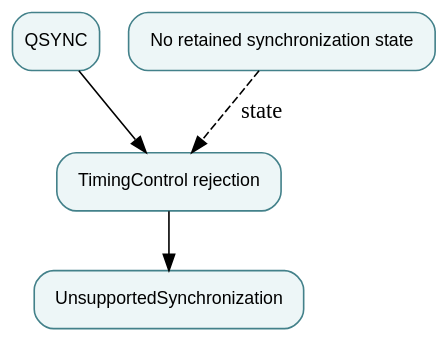
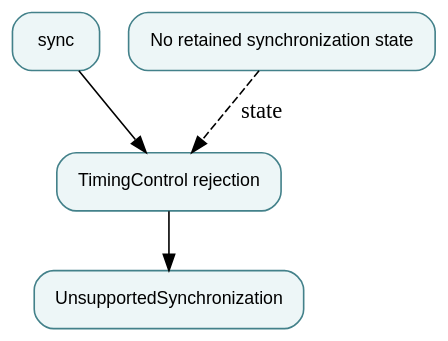
Before and after one commit to qsbit-org/qsbit-sim: the diagram in docs/modules/future-synchronization-adapter.md, drawn with Graphviz. The commit also changed other lines of this file and 92 other files, not shown here.

````diff
--- a/docs/modules/future-synchronization-adapter.md
+++ b/docs/modules/future-synchronization-adapter.md
@@ -14,11 +14,11 @@
 ```{graphviz}
 digraph module {
   rankdir=TB; bgcolor="transparent";
   node [shape=box, style="rounded,filled", fillcolor="#edf6f7", color="#43818a", fontname="sans-serif", fontsize=11];
-  input [label="QSYNC"];
+  input [label="sync"];
   owner [label="TimingControl rejection"];
   state [label="No retained synchronization state"];
   output [label="UnsupportedSynchronization"];
   input -> owner; owner -> output; state -> owner [style=dashed, label="state"];
 }
 ```
````
